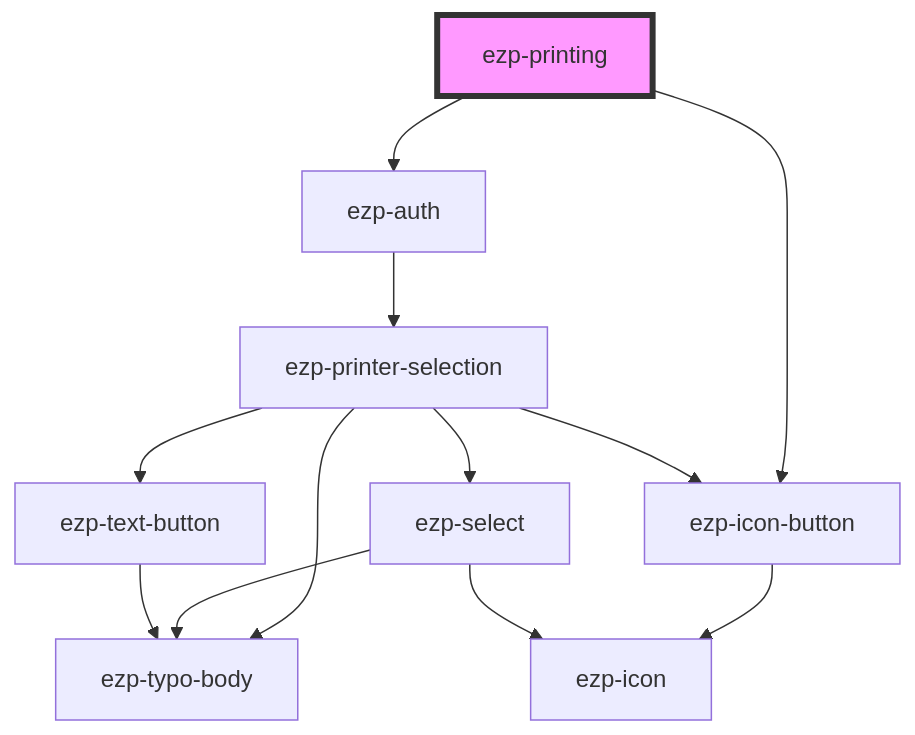
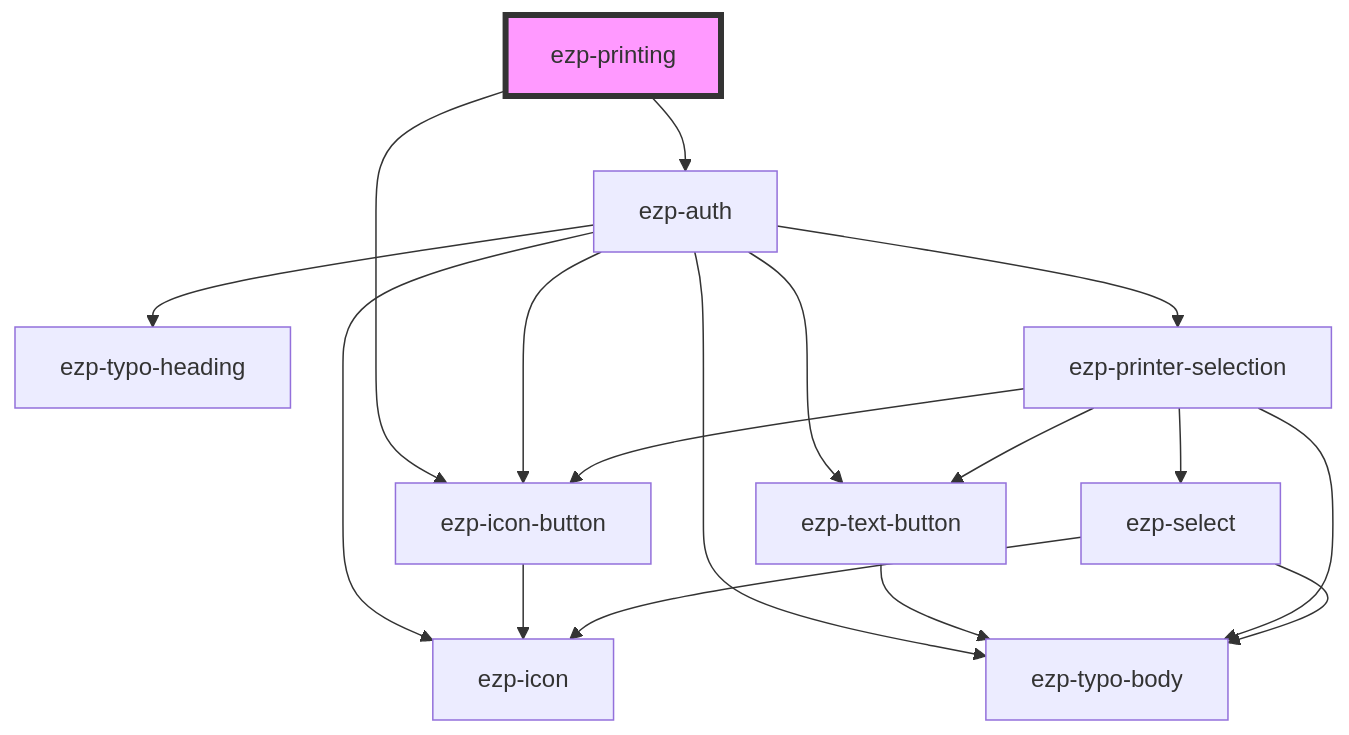
The diagram in src/components/ezp-printing/readme.md (ezeep/ezeep-js), drawn with Mermaid before and after one commit. The commit also changed 17 other files, not shown here.

````diff
--- a/src/components/ezp-printing/readme.md
+++ b/src/components/ezp-printing/readme.md
@@ -54,15 +54,20 @@
 ```mermaid
 graph TD;
   ezp-printing --> ezp-auth
   ezp-printing --> ezp-icon-button
+  ezp-auth --> ezp-icon-button
+  ezp-auth --> ezp-icon
+  ezp-auth --> ezp-typo-heading
+  ezp-auth --> ezp-typo-body
+  ezp-auth --> ezp-text-button
   ezp-auth --> ezp-printer-selection
+  ezp-icon-button --> ezp-icon
+  ezp-text-button --> ezp-typo-body
   ezp-printer-selection --> ezp-typo-body
   ezp-printer-selection --> ezp-icon-button
   ezp-printer-selection --> ezp-select
   ezp-printer-selection --> ezp-text-button
-  ezp-icon-button --> ezp-icon
   ezp-select --> ezp-icon
   ezp-select --> ezp-typo-body
-  ezp-text-button --> ezp-typo-body
   style ezp-printing fill:#f9f,stroke:#333,stroke-width:4px
 ```
````
